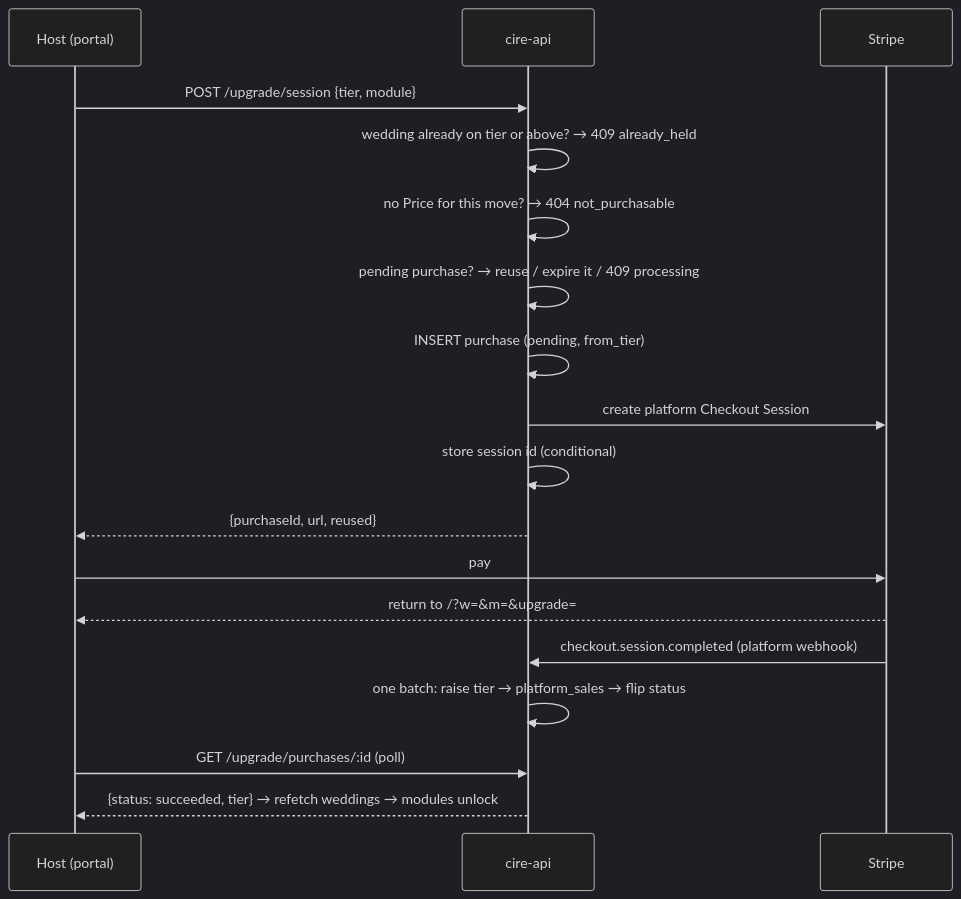
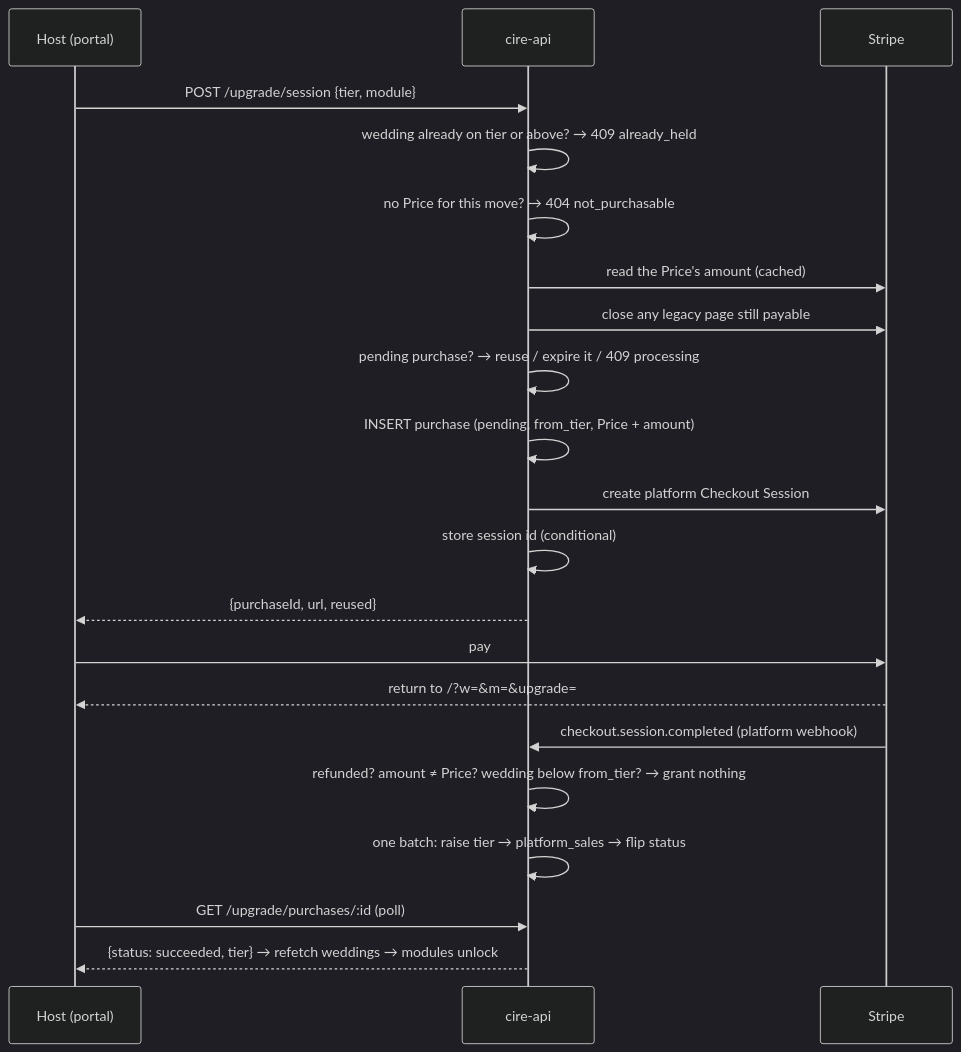
Before and after one commit to englishstreetventures/osn: the diagram in wiki/cire/cire-upgrades.md, drawn with Mermaid (dark theme). The commit also changed other lines of this file and 6 other files, not shown here.

````diff
--- a/wiki/cire/cire-upgrades.md
+++ b/wiki/cire/cire-upgrades.md
@@ -64,20 +65,23 @@
 ```mermaid
 sequenceDiagram
     participant H as Host (portal)
     participant A as cire-api
     participant S as Stripe
     H->>A: POST /upgrade/session {tier, module}
     A->>A: wedding already on tier or above? → 409 already_held
     A->>A: no Price for this move? → 404 not_purchasable
+    A->>S: read the Price's amount (cached)
+    A->>S: close any legacy page still payable
     A->>A: pending purchase? → reuse / expire it / 409 processing
-    A->>A: INSERT purchase (pending, from_tier)
+    A->>A: INSERT purchase (pending, from_tier, Price + amount)
     A->>S: create platform Checkout Session
     A->>A: store session id (conditional)
     A-->>H: {purchaseId, url, reused}
     H->>S: pay
     S-->>H: return to /?w=&m=&upgrade=
     S->>A: checkout.session.completed (platform webhook)
+    A->>A: refunded? amount ≠ Price? wedding below from_tier? → grant nothing
     A->>A: one batch: raise tier → platform_sales → flip status
     H->>A: GET /upgrade/purchases/:id (poll)
     A-->>H: {status: succeeded, tier} → refetch weddings → modules unlock
 ```
````
